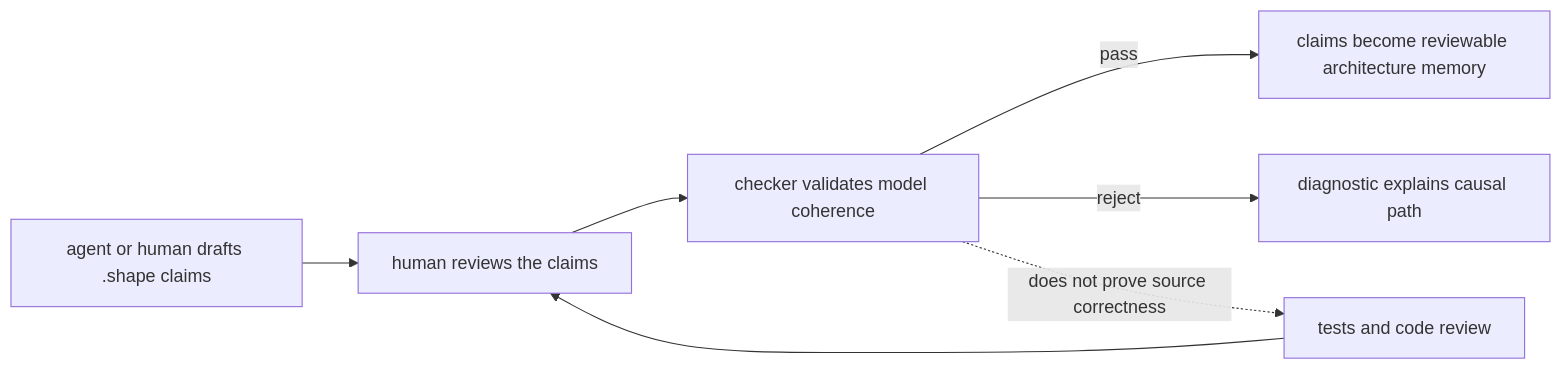
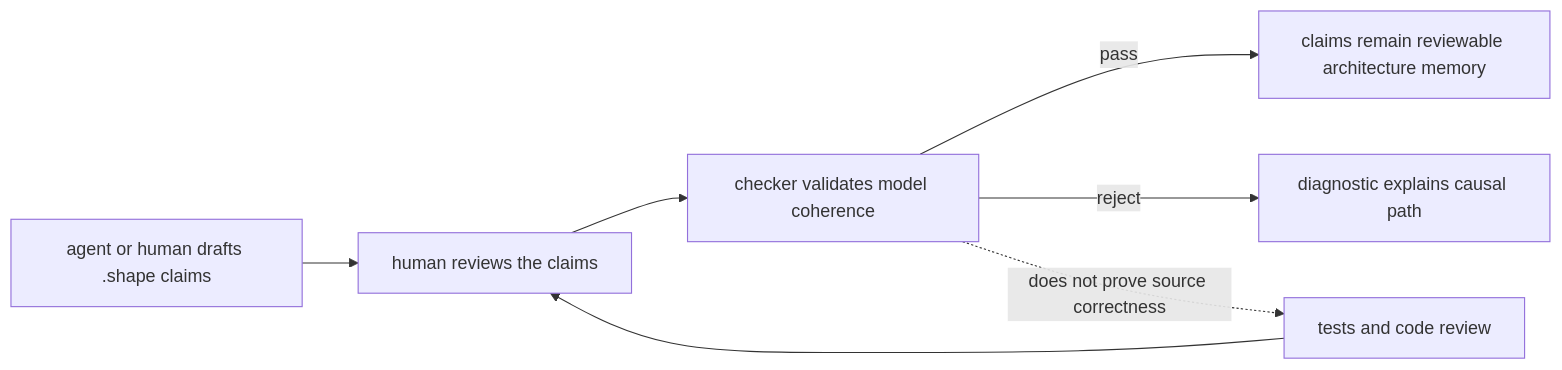
Before and after one commit to timbrinded/shapelang: the first of 2 diagrams in docs-site/src/content/docs/inside-shape/design-rationale.md, drawn with Mermaid. The commit also changed other lines of this file and 40 other files, not shown here.

````diff
--- a/docs-site/src/content/docs/inside-shape/design-rationale.md
+++ b/docs-site/src/content/docs/inside-shape/design-rationale.md
@@ -20,9 +20,9 @@
 ```mermaid
 flowchart LR
   A["agent or human drafts .shape claims"] --> B["human reviews the claims"]
   B --> C["checker validates model coherence"]
-  C -->|"pass"| D["claims become reviewable architecture memory"]
+  C -->|"pass"| D["claims remain reviewable architecture memory"]
   C -->|"reject"| E["diagnostic explains causal path"]
   F["tests and code review"] --> B
   C -. "does not prove source correctness" .-> F
 ```
````
